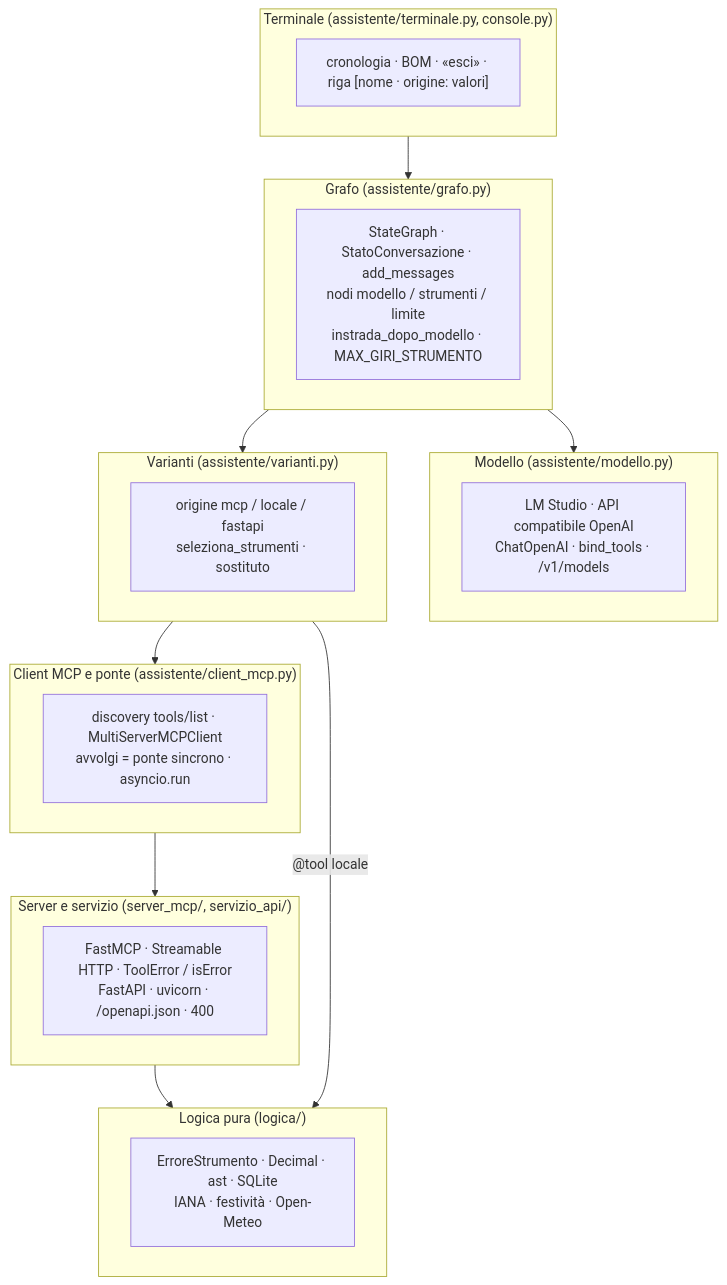
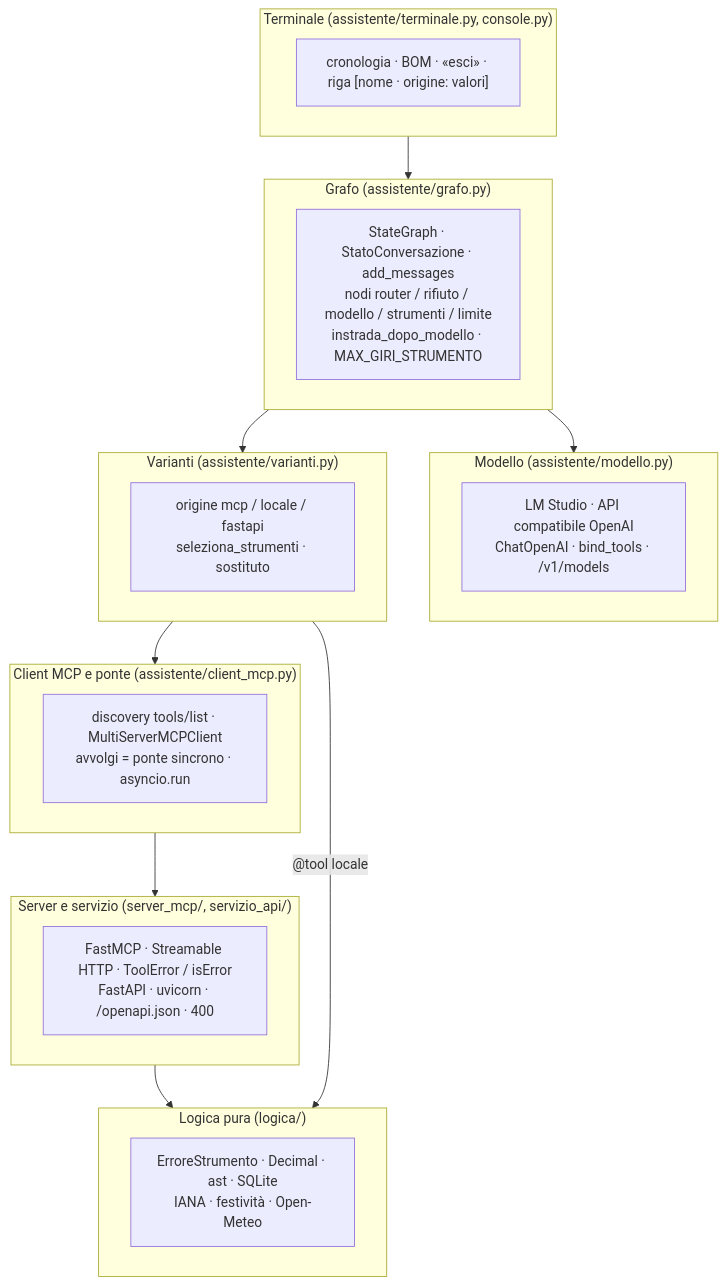
Before and after one commit to mattiaramon25-2-oss/Agente: the second of 2 diagrams in assistente-laboratorio/docs/studio/12-glossario-e-domande.md, drawn with Mermaid. The commit also changed other lines of this file and 6 other files, not shown here.

````diff
--- a/assistente-laboratorio/docs/studio/12-glossario-e-domande.md
+++ b/assistente-laboratorio/docs/studio/12-glossario-e-domande.md
@@ -78,27 +79,27 @@
 ```mermaid
 flowchart TB
     subgraph T["Terminale (assistente/terminale.py, console.py)"]
         T1["cronologia · BOM · «esci» · riga [nome · origine: valori]"]
     end
     subgraph G["Grafo (assistente/grafo.py)"]
-        G1["StateGraph · StatoConversazione · add_messages<br/>nodi modello / strumenti / limite<br/>instrada_dopo_modello · MAX_GIRI_STRUMENTO"]
+        G1["StateGraph · StatoConversazione · add_messages<br/>nodi router / rifiuto / modello / strumenti / limite<br/>instrada_dopo_modello · MAX_GIRI_STRUMENTO"]
     end
     subgraph M["Modello (assistente/modello.py)"]
         M1["LM Studio · API compatibile OpenAI<br/>ChatOpenAI · bind_tools · /v1/models"]
     end
     subgraph V["Varianti (assistente/varianti.py)"]
         V1["origine mcp / locale / fastapi<br/>seleziona_strumenti · sostituto"]
     end
     subgraph C["Client MCP e ponte (assistente/client_mcp.py)"]
         C1["discovery tools/list · MultiServerMCPClient<br/>avvolgi = ponte sincrono · asyncio.run"]
     end
     subgraph S["Server e servizio (server_mcp/, servizio_api/)"]
         S1["FastMCP · Streamable HTTP · ToolError / isError<br/>FastAPI · uvicorn · /openapi.json · 400"]
     end
     subgraph L["Logica pura (logica/)"]
         L1["ErroreStrumento · Decimal · ast · SQLite<br/>IANA · festività · Open-Meteo"]
     end
     T --> G --> M
     G --> V --> C --> S --> L
     V -->|"@tool locale"| L
 ```
````
